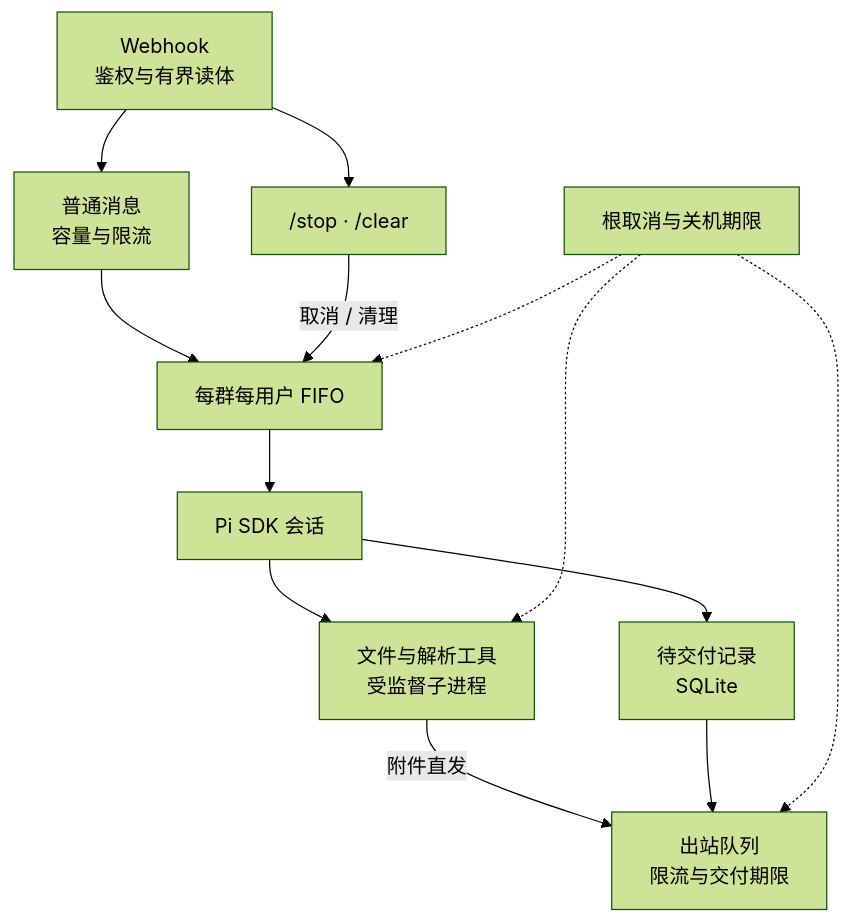
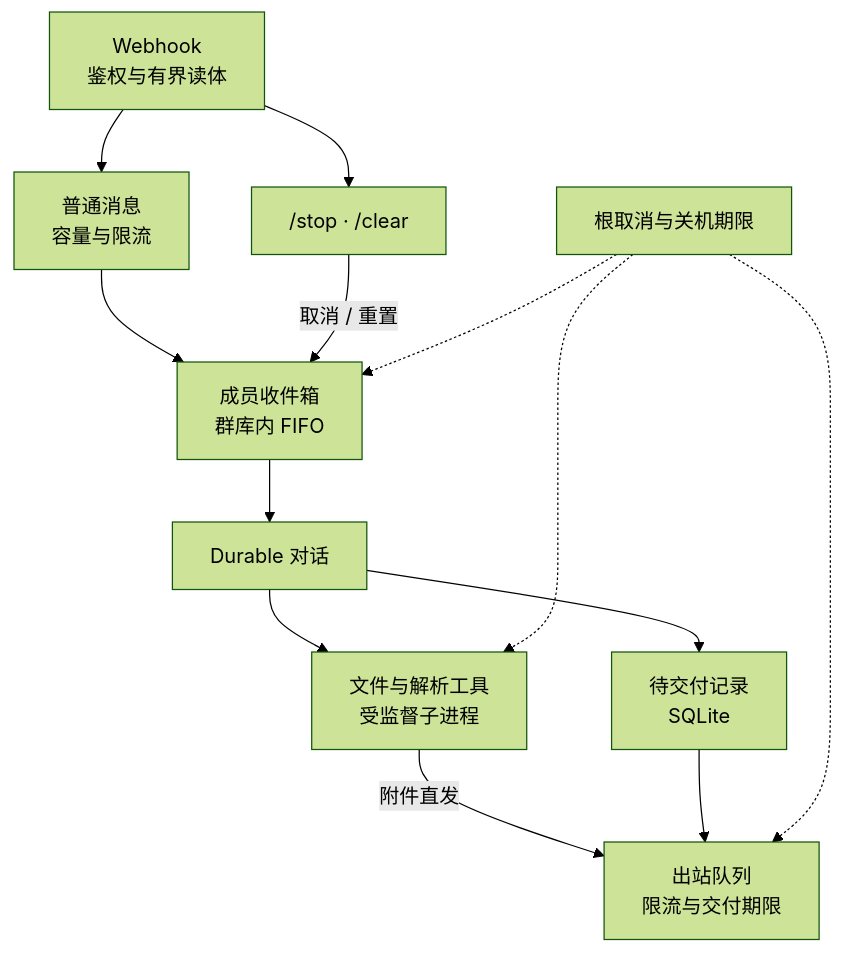
One commit to jaykwok/mixin-chatbot changed the diagram in docs/development.md. Above: the diagram before and after it, drawn with Mermaid (forest theme). The commit also changed other lines of this file and 252 other files, not shown here.

````diff
--- a/docs/development.md
+++ b/docs/development.md
@@ -13,15 +13,15 @@
 ```mermaid
 flowchart TD
   W["Webhook<br/>鉴权与有界读体"] --> A["普通消息<br/>容量与限流"]
   W --> C["/stop · /clear"]
-  A --> Q["每群每用户 FIFO"]
-  C -->|取消 / 清理| Q
-  Q --> P["Pi SDK 会话"]
+  A --> Q["成员收件箱<br/>群库内 FIFO"]
+  C -->|取消 / 重置| Q
+  Q --> P["Durable 对话"]
   P --> T["文件与解析工具<br/>受监督子进程"]
   P --> D["待交付记录<br/>SQLite"]
   T -->|附件直发| I["出站队列<br/>限流与交付期限"]
   D --> I
   R["根取消与关机期限"] -.-> Q
   R -.-> T
   R -.-> I
 ```
````
